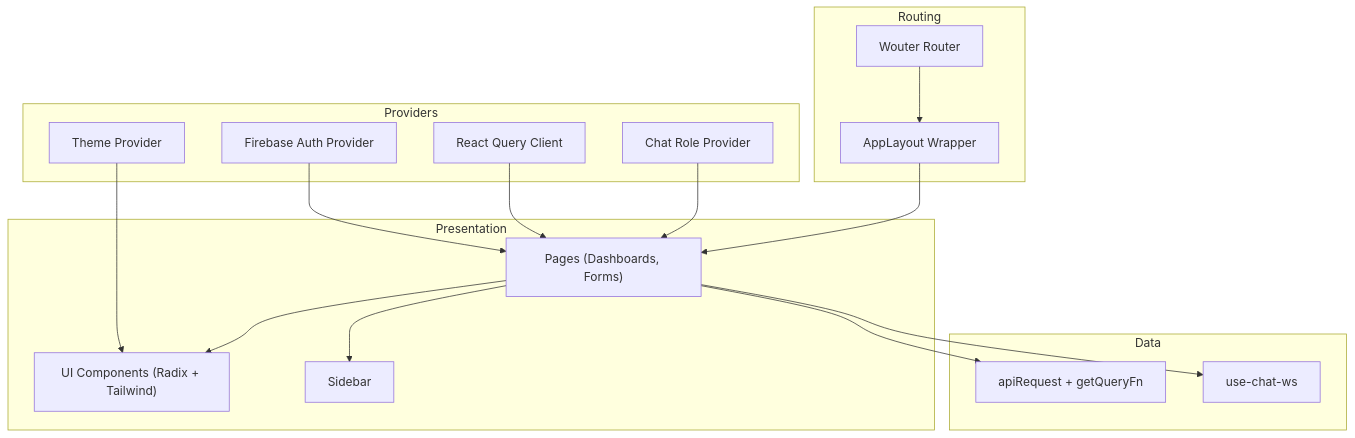
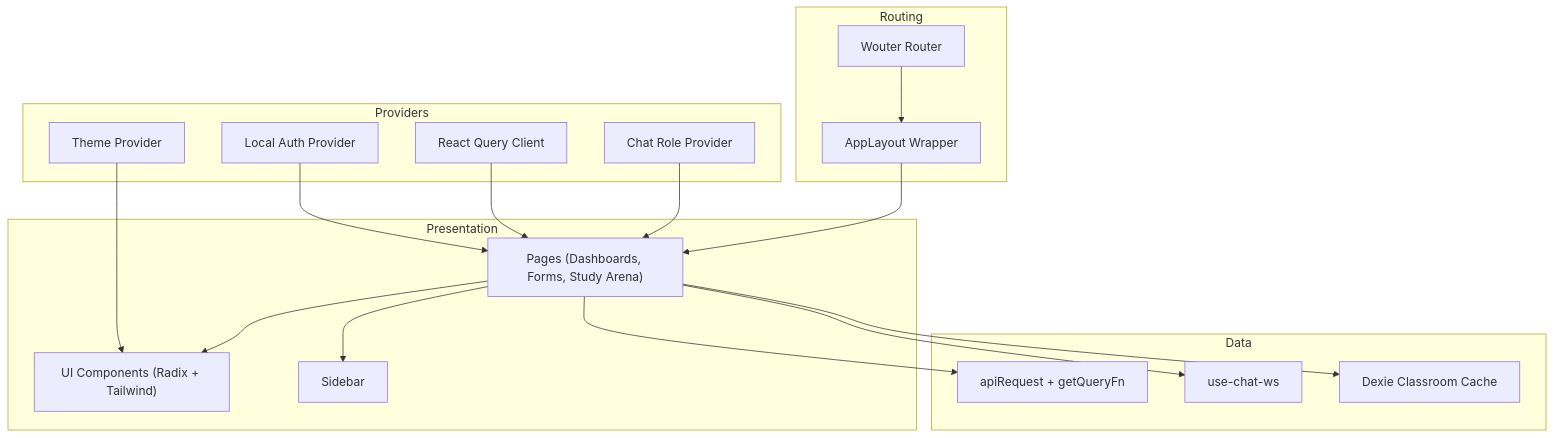
Before and after one commit to nitishssh/Class-mode: the second of 11 diagrams in docs/code-wiki/content/Frontend Architecture/Frontend Architecture.md, drawn with Mermaid. The commit also changed other lines of this file and 4 other files, not shown here.

Commit message:
docs: update architecture documentation to reflect PostgreSQL integration, local authentication, and multi-provider AI features

````diff
--- a/docs/code-wiki/content/Frontend Architecture/Frontend Architecture.md
+++ b/docs/code-wiki/content/Frontend Architecture/Frontend Architecture.md
@@ -109,32 +114,34 @@
 ```mermaid
 graph TB
 subgraph "Providers"
 QC["React Query Client"]
 Theme["Theme Provider"]
-Auth["Firebase Auth Provider"]
+Auth["Local Auth Provider"]
 Role["Chat Role Provider"]
 end
 subgraph "Routing"
 Wouter["Wouter Router"]
 Layout["AppLayout Wrapper"]
 end
 subgraph "Presentation"
-Pages["Pages (Dashboards, Forms)"]
+Pages["Pages (Dashboards, Forms, Study Arena)"]
 UI["UI Components (Radix + Tailwind)"]
 Sidebar["Sidebar"]
 end
 subgraph "Data"
 API["apiRequest + getQueryFn"]
 WS["use-chat-ws"]
+IDB["Dexie Classroom Cache"]
 end
 Auth --> Pages
 Theme --> UI
 QC --> Pages
 Role --> Pages
 Wouter --> Layout
 Layout --> Pages
 Pages --> UI
 Pages --> Sidebar
 Pages --> API
 Pages --> WS
+Pages --> IDB
 ```
````
